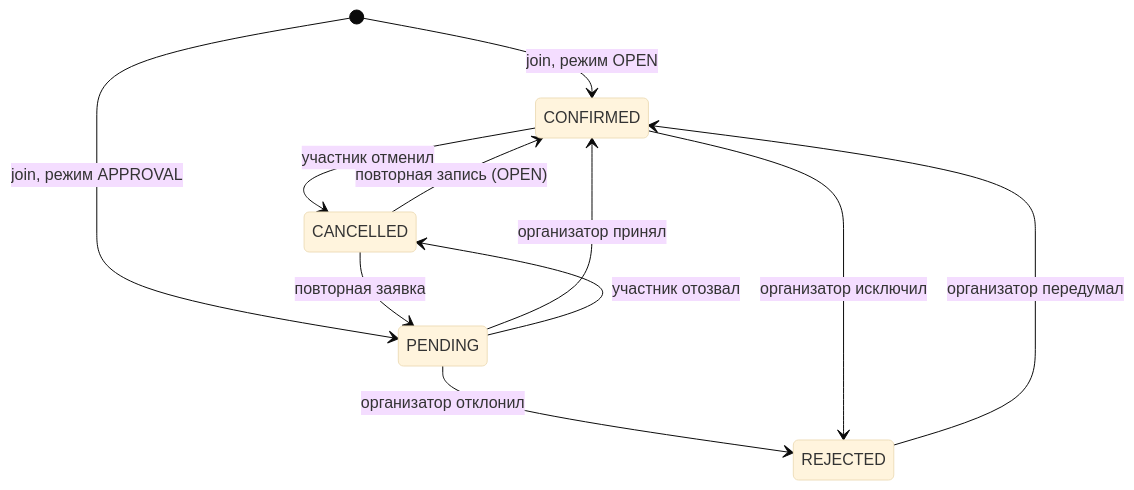
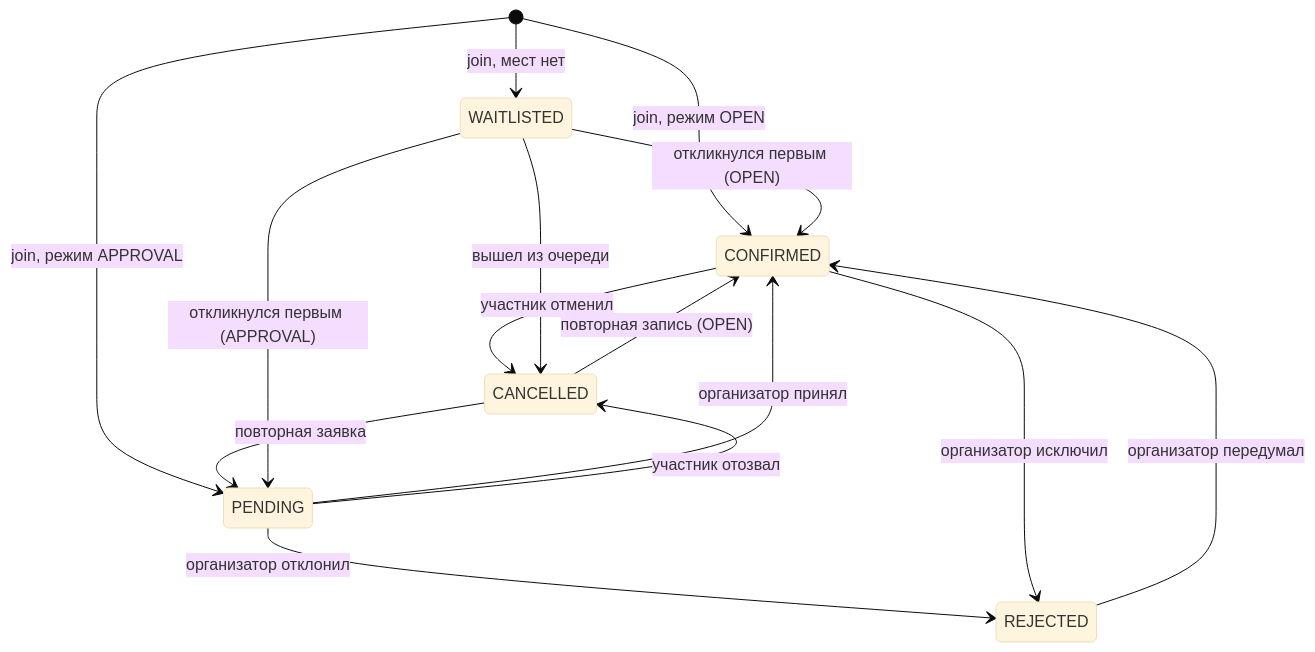
The third of 5 diagrams in docs/architecture.md (Re-Hub-TUSUR/fsp_finals_2026), drawn with Mermaid (base theme) before and after one commit. The commit also changed other lines of this file and 31 other files, not shown here.

Commit message:
docs: refresh READMEs, architecture, Swagger and PDF for waitlist, notifications, reminders, recurring events and onboarding

````diff
--- a/docs/architecture.md
+++ b/docs/architecture.md
@@ -187,13 +220,17 @@
 ```mermaid
 stateDiagram-v2
     [*] --> CONFIRMED: join, режим OPEN
     [*] --> PENDING: join, режим APPROVAL
     PENDING --> CONFIRMED: организатор принял
     PENDING --> REJECTED: организатор отклонил
     CONFIRMED --> REJECTED: организатор исключил
     REJECTED --> CONFIRMED: организатор передумал
     PENDING --> CANCELLED: участник отозвал
     CONFIRMED --> CANCELLED: участник отменил
     CANCELLED --> PENDING: повторная заявка
     CANCELLED --> CONFIRMED: повторная запись (OPEN)
+    [*] --> WAITLISTED: join, мест нет
+    WAITLISTED --> CONFIRMED: откликнулся первым (OPEN)
+    WAITLISTED --> PENDING: откликнулся первым (APPROVAL)
+    WAITLISTED --> CANCELLED: вышел из очереди
 ```
````
